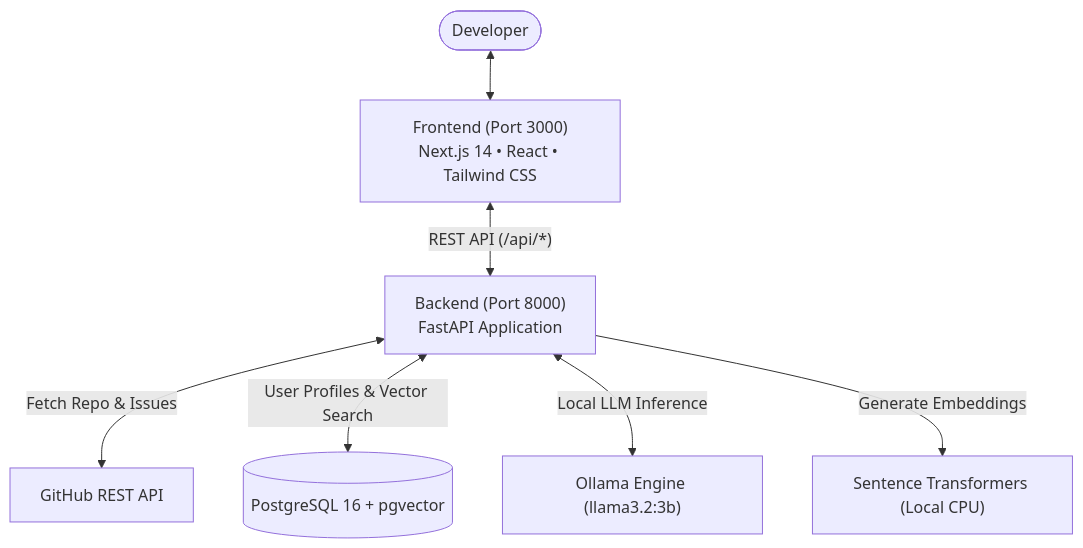
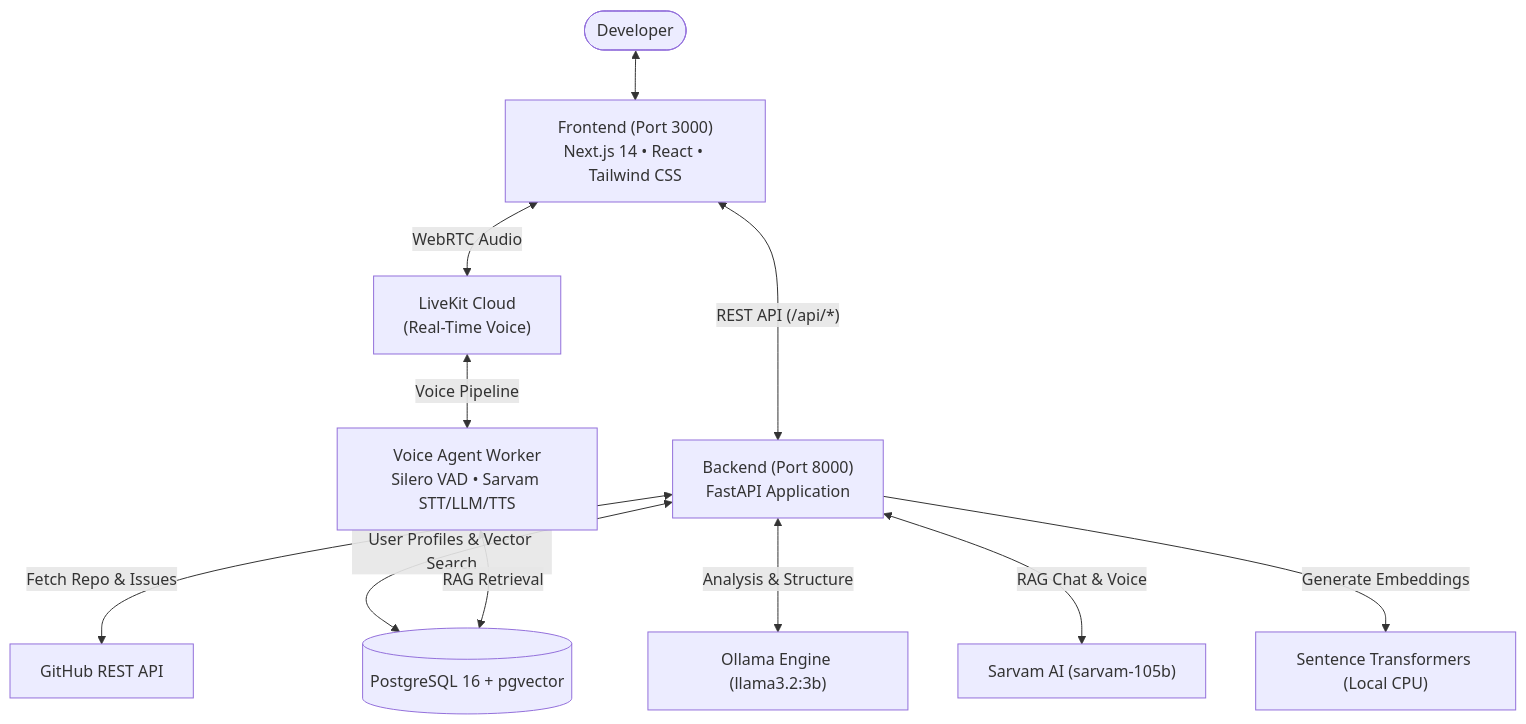
The second of 4 diagrams in README.md (nikitaa-sharma/OpenCopilot), drawn with Mermaid before and after one commit. The commit also changed other lines of this file and 37 other files, not shown here.

````diff
--- a/README.md
+++ b/README.md
@@ -89,10 +94,15 @@
 ```mermaid
 flowchart TD
     User(["Developer"]) <--> WebUI["Frontend (Port 3000)\nNext.js 14 • React • Tailwind CSS"]
     WebUI <-->|"REST API (/api/*)"| Backend["Backend (Port 8000)\nFastAPI Application"]
+    WebUI <-->|"WebRTC Audio"| LiveKit["LiveKit Cloud\n(Real-Time Voice)"]
     
     Backend <-->|"Fetch Repo & Issues"| GitHub["GitHub REST API"]
     Backend <-->|"User Profiles & Vector Search"| Database[("PostgreSQL 16 + pgvector")]
-    Backend <-->|"Local LLM Inference"| Ollama["Ollama Engine (llama3.2:3b)"]
+    Backend <-->|"Analysis & Structure"| Ollama["Ollama Engine (llama3.2:3b)"]
+    Backend <-->|"RAG Chat & Voice"| SarvamAI["Sarvam AI (sarvam-105b)"]
     Backend -->|"Generate Embeddings"| Embedder["Sentence Transformers (Local CPU)"]
+    
+    LiveKit <-->|"Voice Pipeline"| VoiceWorker["Voice Agent Worker\nSilero VAD • Sarvam STT/LLM/TTS"]
+    VoiceWorker <-->|"RAG Retrieval"| Database
 ```
````
